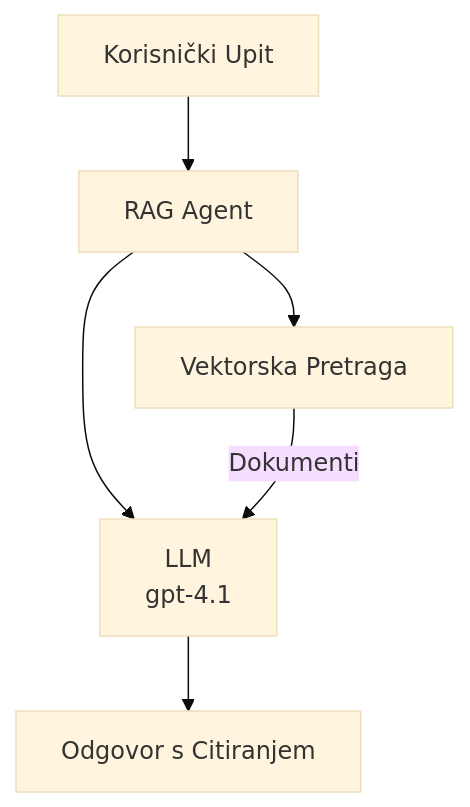
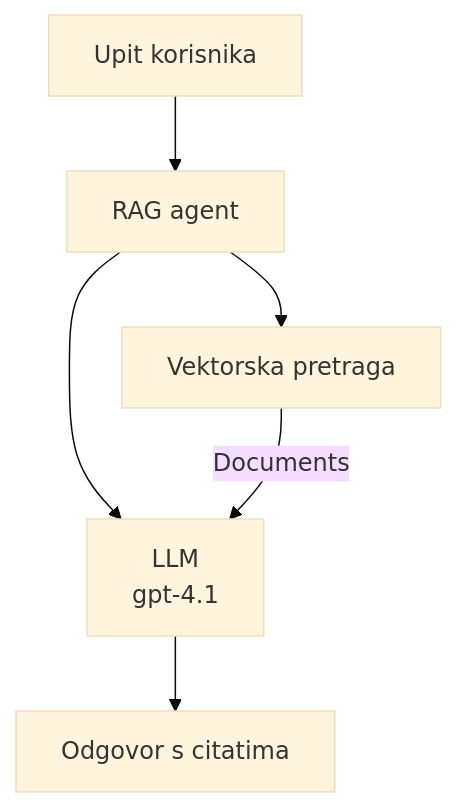
One commit to microsoft/AZD-for-beginners changed the second of 3 diagrams in translations/hr/docs/chapter-02-ai-development/agents.md. Above: the diagram before and after it, drawn with Mermaid (base theme). The commit also changed other lines of this file and 60 other files, not shown here.

````diff
--- a/translations/hr/docs/chapter-02-ai-development/agents.md
+++ b/translations/hr/docs/chapter-02-ai-development/agents.md
@@ -181,8 +181,8 @@
 ```mermaid
 graph TD
-    Query[Korisnički Upit] --> RAG[RAG Agent]
-    RAG --> Vector[Vektorska Pretraga]
+    Query[Upit korisnika] --> RAG[RAG agent]
+    RAG --> Vector[Vektorska pretraga]
     RAG --> LLM[LLM<br/>gpt-4.1]
-    Vector -- Dokumenti --> LLM
-    LLM --> Response[Odgovor s Citiranjem]
+    Vector -- Documents --> LLM
+    LLM --> Response[Odgovor s citatima]
 ```
````
